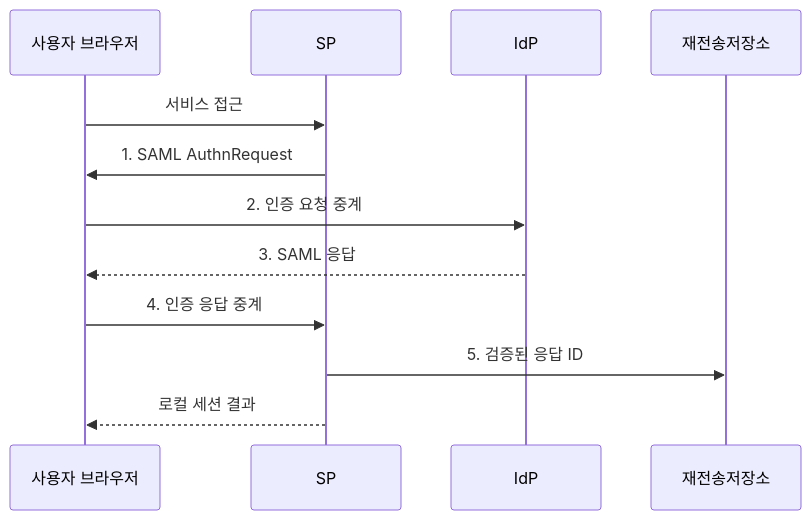
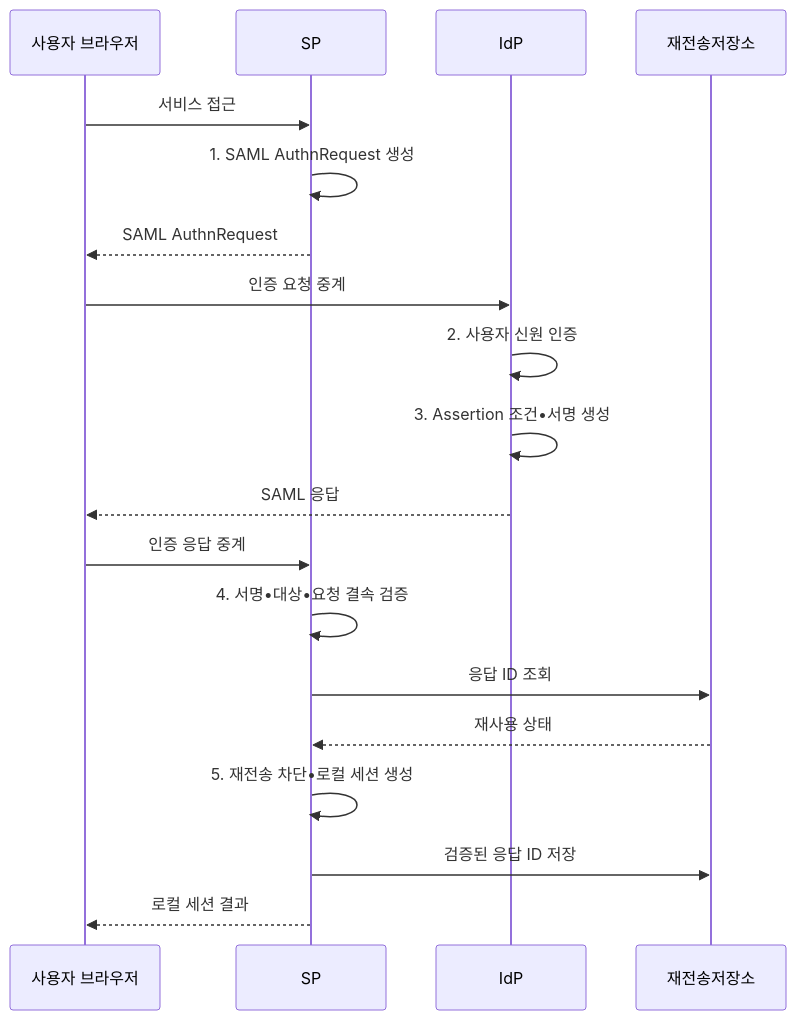
The second of 2 diagrams in src/content/docs/notes/05-security/058_saml.md (agnusdei1207/knowledge-base), drawn with Mermaid before and after one commit. The commit also changed other lines of this file and 19 other files, not shown here.

````diff
--- a/src/content/docs/notes/05-security/058_saml.md
+++ b/src/content/docs/notes/05-security/058_saml.md
@@ -104,14 +104,21 @@
 ```mermaid
 sequenceDiagram
     participant U as 사용자 브라우저
     participant S as SP
     participant I as IdP
     participant 재전송저장소
     U->>S: 서비스 접근
-    S->>U: 1. SAML AuthnRequest
-    U->>I: 2. 인증 요청 중계
-    I-->>U: 3. SAML 응답
-    U->>S: 4. 인증 응답 중계
-    S->>재전송저장소: 5. 검증된 응답 ID
+    S->>S: 1. SAML AuthnRequest 생성
+    S-->>U: SAML AuthnRequest
+    U->>I: 인증 요청 중계
+    I->>I: 2. 사용자 신원 인증
+    I->>I: 3. Assertion 조건•서명 생성
+    I-->>U: SAML 응답
+    U->>S: 인증 응답 중계
+    S->>S: 4. 서명•대상•요청 결속 검증
+    S->>재전송저장소: 응답 ID 조회
+    재전송저장소-->>S: 재사용 상태
+    S->>S: 5. 재전송 차단•로컬 세션 생성
+    S->>재전송저장소: 검증된 응답 ID 저장
     S-->>U: 로컬 세션 결과
 ```
````
